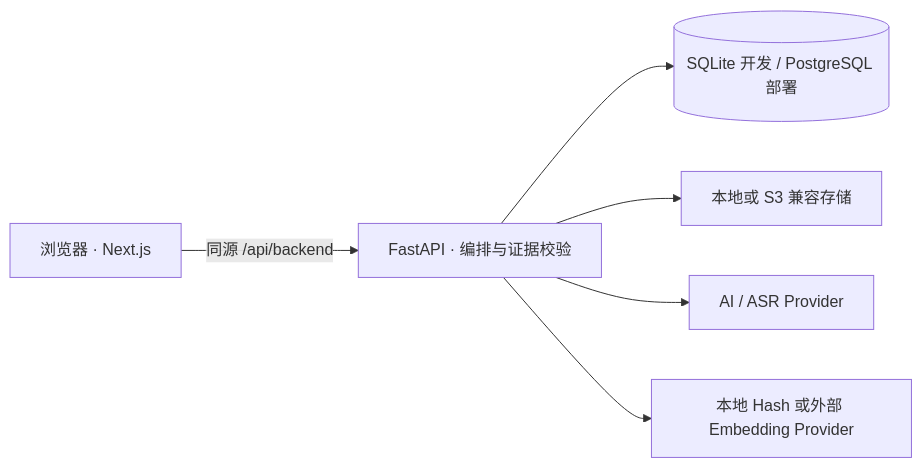
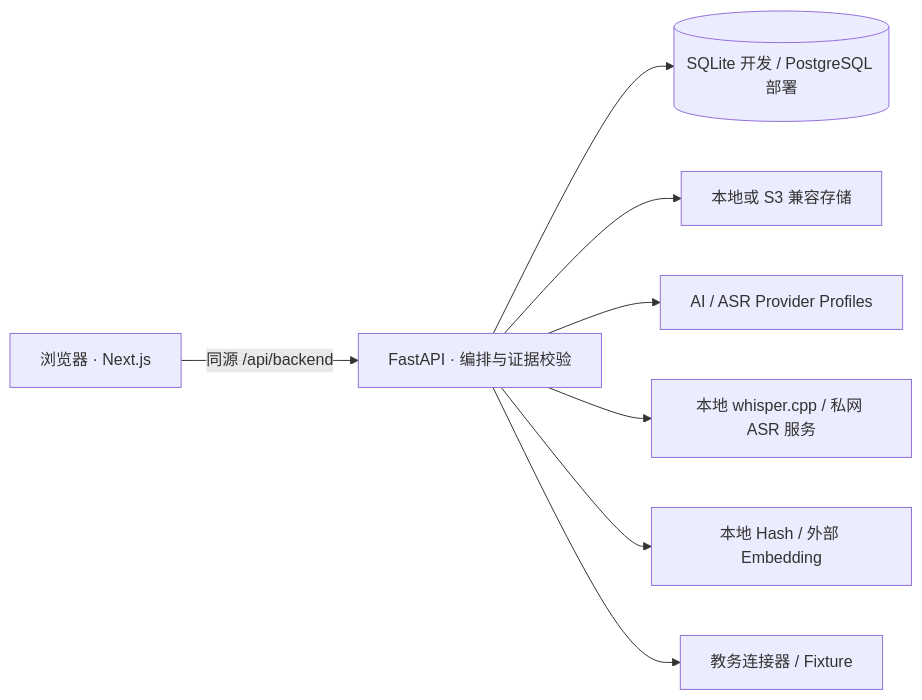
One commit to HanzhiOvO/KnowledgeDebt changed the diagram in README.md. Above: the diagram before and after it, drawn with Mermaid. The commit also changed other lines of this file and 55 other files, not shown here.

````diff
--- a/README.md
+++ b/README.md
@@ -49,8 +126,10 @@
 ```mermaid
 flowchart LR
   B["浏览器 · Next.js"] -->|"同源 /api/backend"| A["FastAPI · 编排与证据校验"]
   A --> D[("SQLite 开发 / PostgreSQL 部署")]
   A --> S["本地或 S3 兼容存储"]
-  A --> P["AI / ASR Provider"]
-  A --> E["本地 Hash 或外部 Embedding Provider"]
+  A --> P["AI / ASR Provider Profiles"]
+  A --> L["本地 whisper.cpp / 私网 ASR 服务"]
+  A --> E["本地 Hash / 外部 Embedding"]
+  A --> C["教务连接器 / Fixture"]
 ```
````
